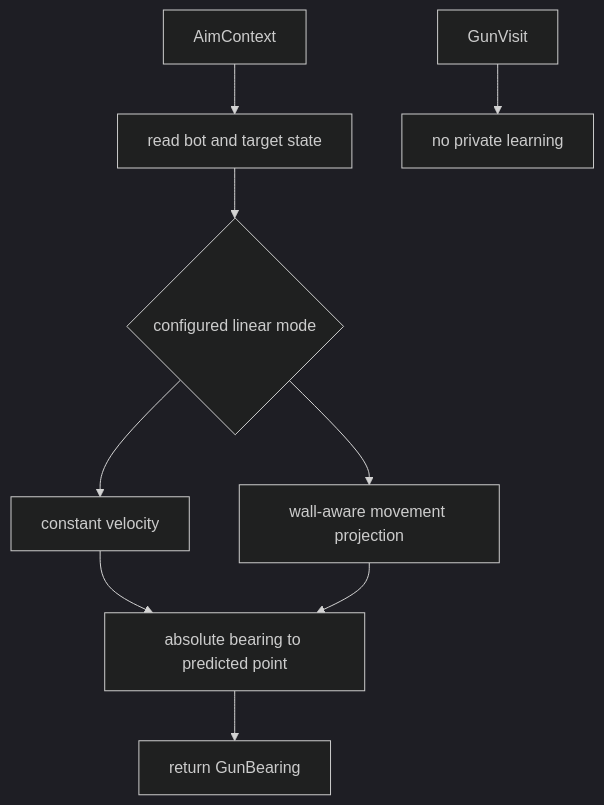
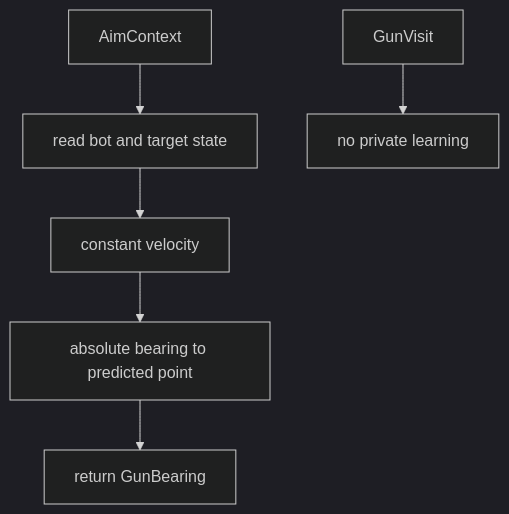
Before and after one commit to fduch-stranger/robocode-bot: the diagram in bots/bot_core/gun/guns/linear/README.md, drawn with Mermaid (dark theme). The commit also changed other lines of this file and 58 other files, not shown here.

````diff
--- a/bots/bot_core/gun/guns/linear/README.md
+++ b/bots/bot_core/gun/guns/linear/README.md
@@ -27,11 +26,8 @@
 ```mermaid
 flowchart TD
     A["AimContext"] --> B["read bot and target state"]
-    B --> C{"configured linear mode"}
-    C --> D["constant velocity"]
-    C --> E["wall-aware movement projection"]
+    B --> D["constant velocity"]
     D --> G["absolute bearing to predicted point"]
-    E --> G
     G --> H["return GunBearing"]
     I["GunVisit"] --> J["no private learning"]
 ```
````
